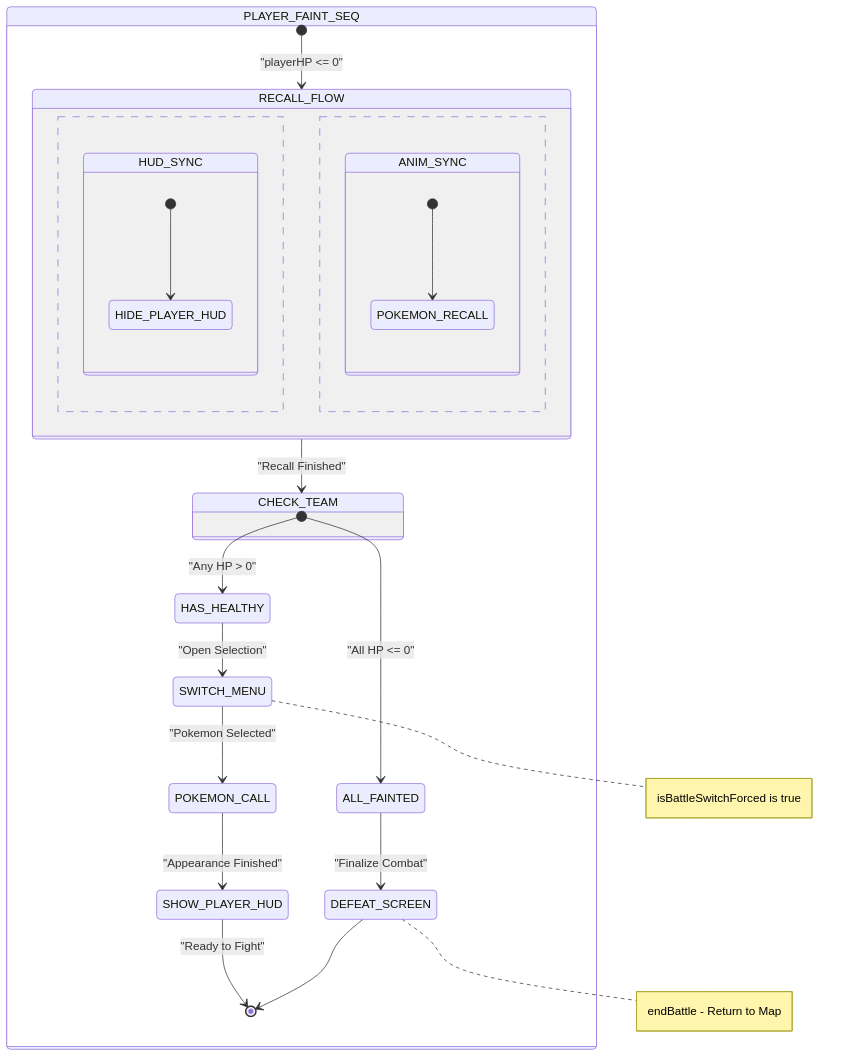
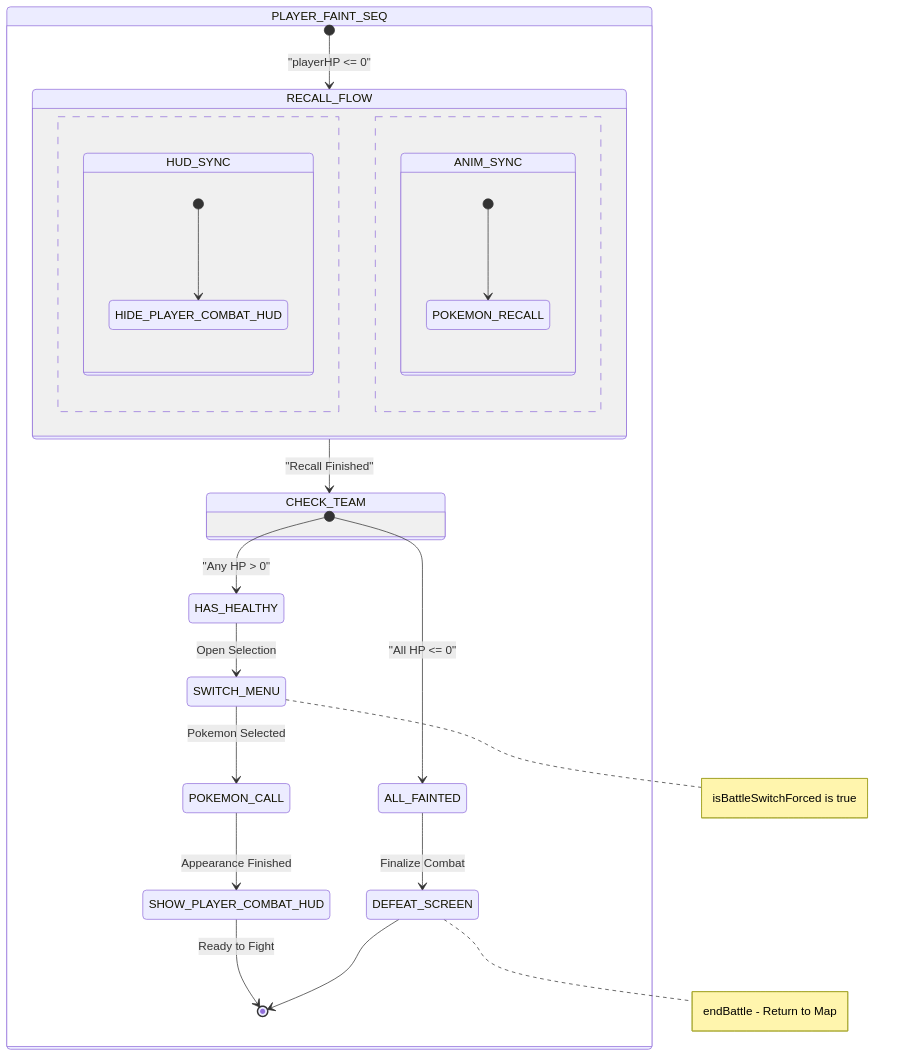
Before and after one commit to Darkham77/PokeBorrador: diagram 12 of 18 in .agents/skills/project-standards/references/battle/battle_mechanics_manual.md, drawn with Mermaid. The commit also changed other lines of this file and 43 other files, not shown here.

````diff
--- a/.agents/skills/project-standards/references/battle/battle_mechanics_manual.md
+++ b/.agents/skills/project-standards/references/battle/battle_mechanics_manual.md
@@ -678,34 +714,34 @@
 ```mermaid
 stateDiagram-v2
     state PLAYER_FAINT_SEQ {
         [*] --> RECALL_FLOW: "playerHP <= 0"
         
         state RECALL_FLOW {
             state HUD_SYNC {
-                [*] --> HIDE_PLAYER_HUD
+                [*] --> HIDE_PLAYER_COMBAT_HUD
             }
             --
             state ANIM_SYNC {
                 [*] --> POKEMON_RECALL
             }
         }
         
         RECALL_FLOW --> CHECK_TEAM: "Recall Finished"
         
         state CHECK_TEAM {
             [*] --> HAS_HEALTHY: "Any HP > 0"
             [*] --> ALL_FAINTED: "All HP <= 0"
         }
         
-        HAS_HEALTHY --> SWITCH_MENU: "Open Selection"
+        HAS_HEALTHY --> SWITCH_MENU : Open Selection
         note right of SWITCH_MENU: isBattleSwitchForced is true
         
-        SWITCH_MENU --> POKEMON_CALL: "Pokemon Selected"
-        POKEMON_CALL --> SHOW_PLAYER_HUD: "Appearance Finished"
-        SHOW_PLAYER_HUD --> [*]: "Ready to Fight"
+        SWITCH_MENU --> POKEMON_CALL : Pokemon Selected
+        POKEMON_CALL --> SHOW_PLAYER_COMBAT_HUD : Appearance Finished
+        SHOW_PLAYER_COMBAT_HUD --> [*] : Ready to Fight
         
-        ALL_FAINTED --> DEFEAT_SCREEN: "Finalize Combat"
+        ALL_FAINTED --> DEFEAT_SCREEN : Finalize Combat
         DEFEAT_SCREEN --> [*]
     }
     note right of DEFEAT_SCREEN: endBattle - Return to Map
 ```
````
